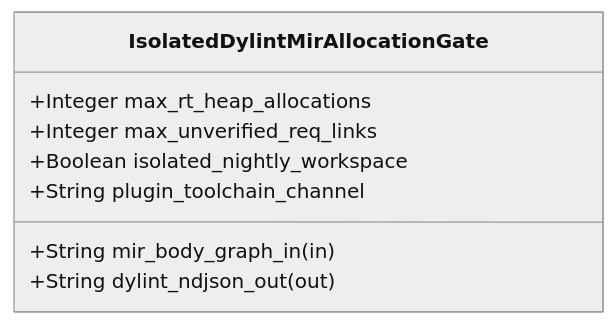
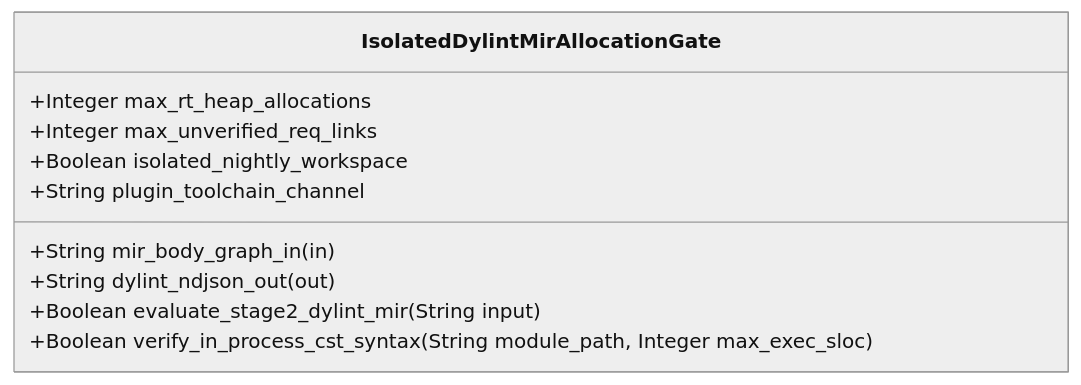
The diagram in .pipeline/upstream/docs/features/FEAT-42-IsolatedDylintMirAllocationGate.md (gintatkinson/DEAP01-spec-core), drawn with Mermaid (neutral theme) before and after one commit. The commit also changed other lines of this file and 225 other files, not shown here.

````diff
--- a/.pipeline/upstream/docs/features/FEAT-42-IsolatedDylintMirAllocationGate.md
+++ b/.pipeline/upstream/docs/features/FEAT-42-IsolatedDylintMirAllocationGate.md
@@ -16,11 +21,13 @@
 ```mermaid
 classDiagram
     class IsolatedDylintMirAllocationGate {
         +String mir_body_graph_in (in)
         +String dylint_ndjson_out (out)
         +Integer max_rt_heap_allocations
         +Integer max_unverified_req_links
         +Boolean isolated_nightly_workspace
         +String plugin_toolchain_channel
+        +Boolean evaluate_stage2_dylint_mir(String input)
+        +Boolean verify_in_process_cst_syntax(String module_path, Integer max_exec_sloc)
     }
 ```
````
